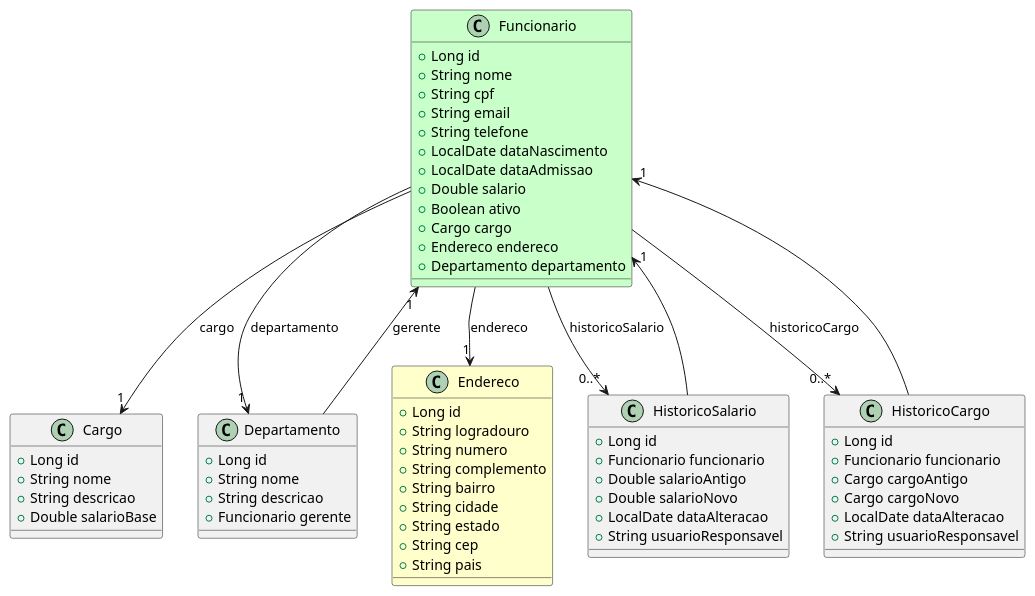
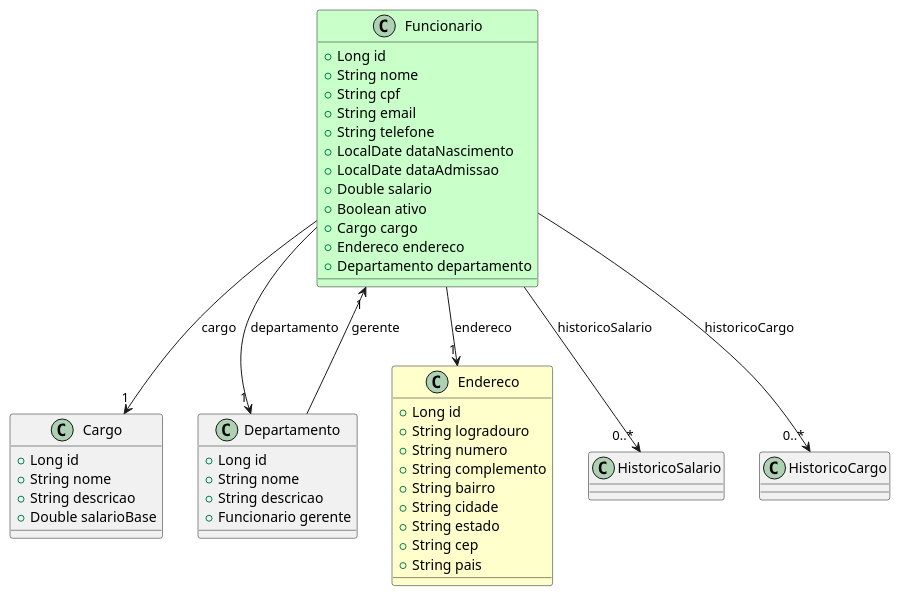
One commit to 20241-ifba-saj-ads-pweb/blog-material-aula changed the fifth of 11 diagrams in src/posts/14_trabalho.md. Above: the diagram before and after it, drawn with PlantUML. The commit also changed other lines of this file, not shown here.

````diff
--- a/src/posts/14_trabalho.md
+++ b/src/posts/14_trabalho.md
@@ -326,72 +314,53 @@
 ```plantuml
 @startuml
 class Funcionario #Technology{
     + Long id
     + String nome
     + String cpf
     + String email
     + String telefone
     + LocalDate dataNascimento
     + LocalDate dataAdmissao
     + Double salario
     + Boolean ativo
     + Cargo cargo
     + Endereco endereco
     + Departamento departamento
 }
 
 class Cargo {
     + Long id
     + String nome
     + String descricao
     + Double salarioBase
 }
 
 class Departamento {
     + Long id
     + String nome
     + String descricao
     + Funcionario gerente
 }
 
 class Endereco #Business{
     + Long id
     + String logradouro
     + String numero
     + String complemento
     + String bairro
     + String cidade
     + String estado
     + String cep
     + String pais
 }
 
-class HistoricoSalario {
-    + Long id
-    + Funcionario funcionario
-    + Double salarioAntigo
-    + Double salarioNovo
-    + LocalDate dataAlteracao
-    + String usuarioResponsavel
-}
-
-class HistoricoCargo {
-    + Long id
-    + Funcionario funcionario
-    + Cargo cargoAntigo
-    + Cargo cargoNovo
-    + LocalDate dataAlteracao
-    + String usuarioResponsavel
-}
 
 Funcionario --> "1" Cargo : cargo
 Funcionario --> "1" Departamento : departamento
 Funcionario --> "1" Endereco : endereco
 Funcionario --> "0..*" HistoricoSalario : historicoSalario
 Funcionario --> "0..*" HistoricoCargo : historicoCargo
 Departamento --> "1" Funcionario : gerente
-HistoricoSalario --> "1" Funcionario
-HistoricoCargo --> "1" Funcionario
 @enduml
 
 ```
````
